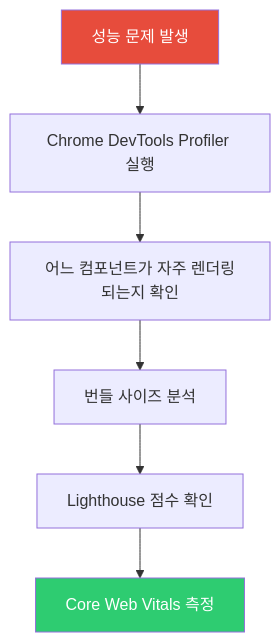
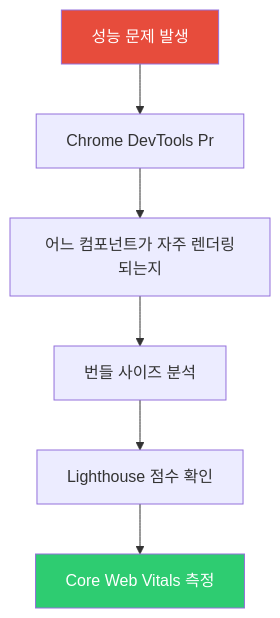
One commit to yjkim2015/yjkim2015.github.io changed the first of 5 diagrams in _posts/frontend/2026-05-02-react-performance.md. Above: the diagram before and after it, drawn with Mermaid. The commit also changed other lines of this file and 271 other files, not shown here.

First line of the commit message:
Mermaid 라벨 축소: 긴 노드 텍스트 18자 이하로 트림 + \n 제거

````diff
--- a/_posts/frontend/2026-05-02-react-performance.md
+++ b/_posts/frontend/2026-05-02-react-performance.md
@@ -27,10 +27,10 @@
 ```mermaid
 flowchart TD
-    A["성능 문제 발생"] --> B["Chrome DevTools Profiler 실행"]
-    B --> C["어느 컴포넌트가 자주 렌더링되는지 확인"]
+    A["성능 문제 발생"] --> B["Chrome DevTools Pr"]
+    B --> C["어느 컴포넌트가 자주 렌더링되는지"]
     C --> D["번들 사이즈 분석"]
     D --> E["Lighthouse 점수 확인"]
     E --> F["Core Web Vitals 측정"]
     style A fill:#e74c3c,color:#fff
     style F fill:#2ecc71,color:#fff
 ```
````
